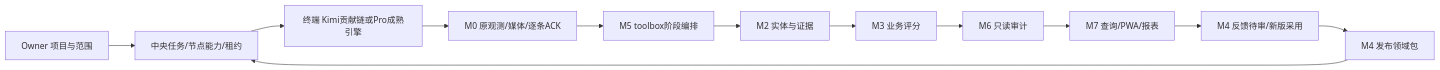
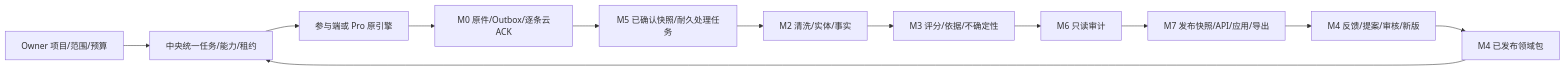
One commit to huming0018-dot/crowd-kol changed the diagram in docs/product/PRODUCT-PLAN.md. Above: the diagram before and after it, drawn with Mermaid. The commit also changed other lines of this file and 9 other files, not shown here.

````diff
--- a/docs/product/PRODUCT-PLAN.md
+++ b/docs/product/PRODUCT-PLAN.md
@@ -48,14 +22,14 @@
 ```mermaid
 flowchart LR
-  O[Owner 项目与范围] --> C[中央任务/节点能力/租约]
-  K[M4 发布领域包] --> C
-  C --> N[终端 Kimi贡献链或Pro成熟引擎]
-  N --> R[M0 原观测/媒体/逐条ACK]
-  R --> W[M5 toolbox阶段编排]
-  W --> E[M2 实体与证据]
-  E --> S[M3 业务评分]
+  O[Owner 项目/范围/预算] --> C[中央统一任务/能力/租约]
+  K[M4 已发布领域包] --> C
+  C --> N[参与端或 Pro 原引擎]
+  N --> R[M0 原件/Outbox/逐条云ACK]
+  R --> J[M5 已确认快照/耐久处理任务]
+  J --> E[M2 清洗/实体/事实]
+  E --> S[M3 评分/依据/不确定性]
   S --> A[M6 只读审计]
-  A --> D[M7 查询/PWA/报表]
-  D --> F[M4 反馈待审/新版采用]
+  A --> D[M7 发布快照/API/应用/导出]
+  D --> F[M4 反馈/提案/审核/新版]
   F --> K
 ```
````
